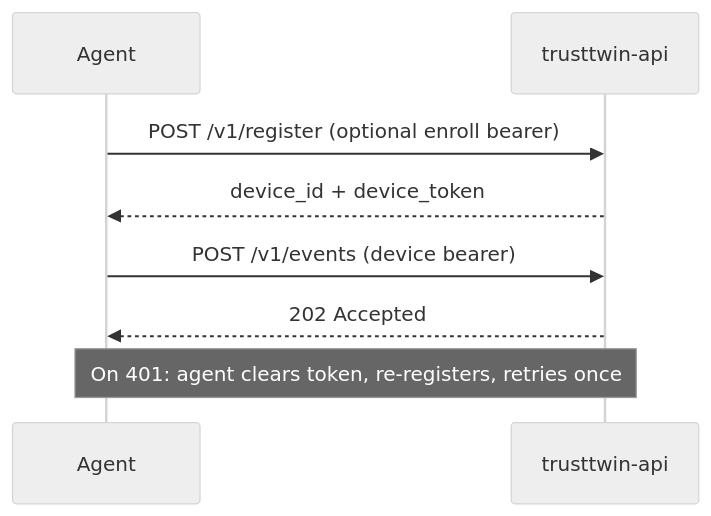
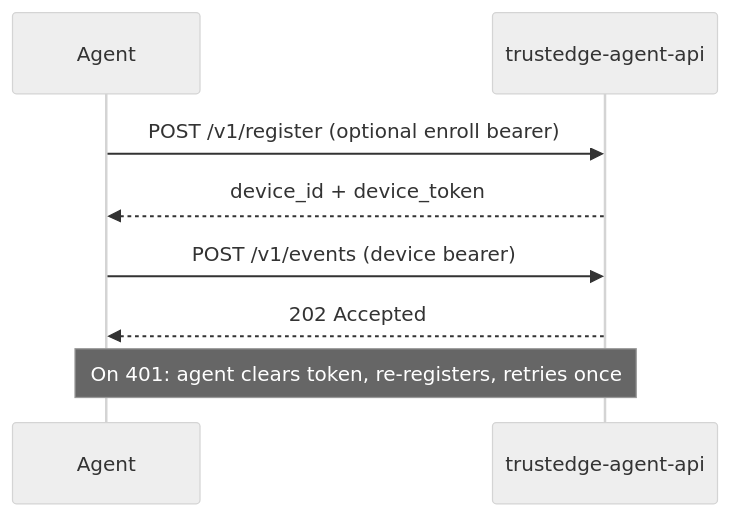
The third of 3 diagrams in docs/architecture.md (TrustEdgeOrg/TrustEdge-Agent), drawn with Mermaid (neutral theme) before and after one commit. The commit also changed other lines of this file and 24 other files, not shown here.

````diff
--- a/docs/architecture.md
+++ b/docs/architecture.md
@@ -126,11 +126,11 @@
 ```mermaid
 sequenceDiagram
     participant A as Agent
-    participant API as trusttwin-api
+    participant API as trustedge-agent-api
 
     A->>API: POST /v1/register (optional enroll bearer)
     API-->>A: device_id + device_token
     A->>API: POST /v1/events (device bearer)
     API-->>A: 202 Accepted
     Note over A,API: On 401: agent clears token, re-registers, retries once
 ```
````
